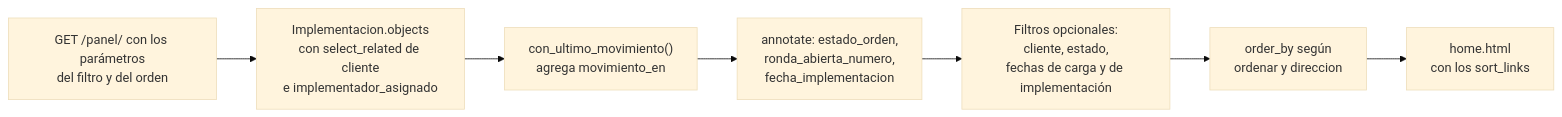
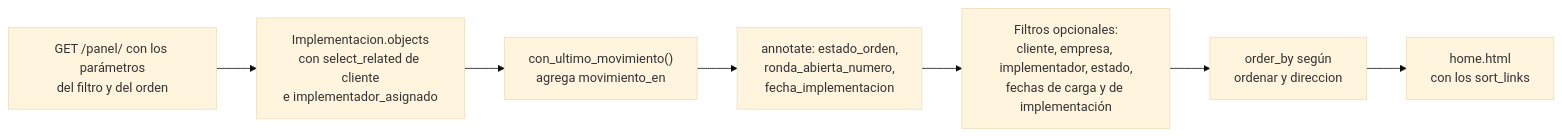
Before and after one commit to AluSkies/implementador.napsis: diagram 16 of 16 in docs/modulos/automatizacion-y-dashboard.md, drawn with Mermaid (base theme). The commit also changed other lines of this file and 99 other files, not shown here.

````diff
--- a/docs/modulos/automatizacion-y-dashboard.md
+++ b/docs/modulos/automatizacion-y-dashboard.md
@@ -1018,17 +1027,17 @@
 ```mermaid
 flowchart LR
     A["GET /panel/ con los parámetros<br/>del filtro y del orden"]
     B["Implementacion.objects<br/>con select_related de cliente<br/>e implementador_asignado"]
     C["con_ultimo_movimiento()<br/>agrega movimiento_en"]
     D["annotate: estado_orden,<br/>ronda_abierta_numero,<br/>fecha_implementacion"]
-    E["Filtros opcionales:<br/>cliente, estado,<br/>fechas de carga y de implementación"]
+    E["Filtros opcionales:<br/>cliente, empresa, implementador, estado,<br/>fechas de carga y de implementación"]
     F["order_by según<br/>ordenar y direccion"]
     G["home.html<br/>con los sort_links"]
 
     A --> B
     B --> C
     C --> D
     D --> E
     E --> F
     F --> G
 ```
````
